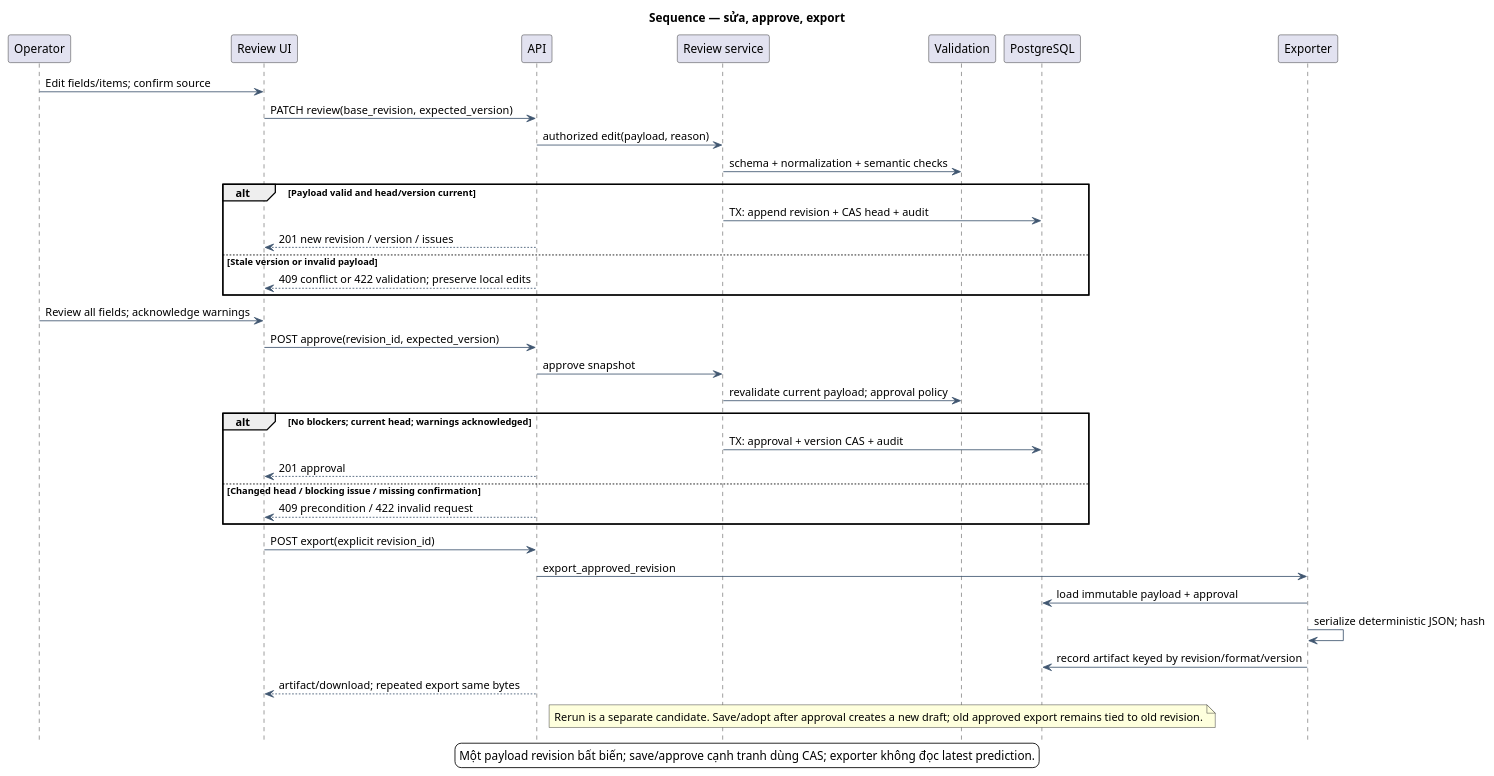
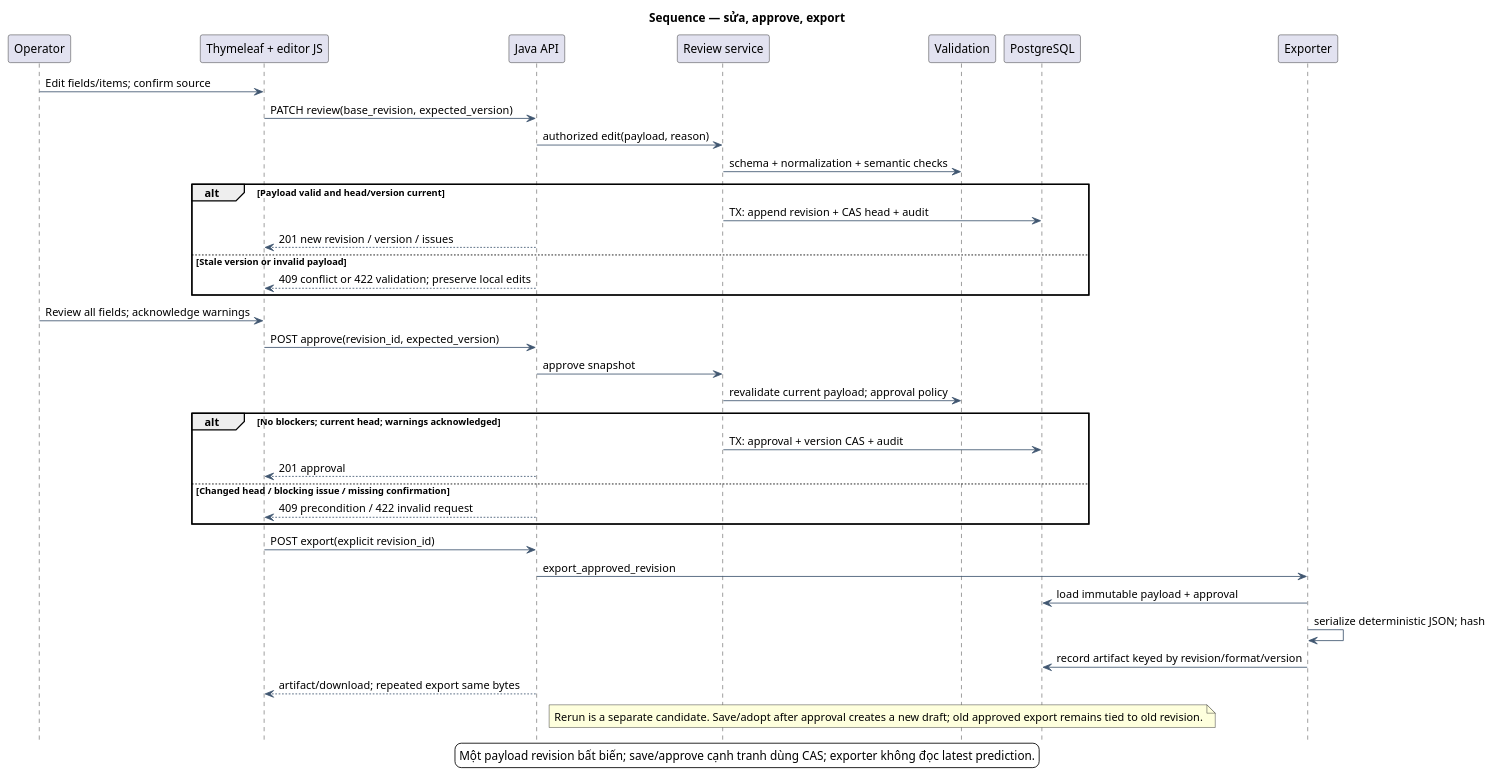
The diagram in docs/uml/04-review-sequence.puml (harivodich/SE2026-T08), drawn with PlantUML before and after one commit. The commit also changed 107 other files, not shown here.

```diff
--- a/docs/uml/04-review-sequence.puml
+++ b/docs/uml/04-review-sequence.puml
@@ -1,47 +1,47 @@
 @startuml
 title Sequence — sửa, approve, export
 skinparam defaultFontName Arial
 skinparam shadowing false
 skinparam backgroundColor #FFFFFF
 skinparam ArrowColor #405670
 hide footbox
 participant "Operator" as user
-participant "Review UI" as ui
-participant "API" as api
+participant "Thymeleaf + editor JS" as ui
+participant "Java API" as api
 participant "Review service" as review
 participant "Validation" as rules
 participant "PostgreSQL" as db
 participant "Exporter" as export
 user -> ui : Edit fields/items; confirm source
 ui -> api : PATCH review(base_revision, expected_version)
 api -> review : authorized edit(payload, reason)
 review -> rules : schema + normalization + semantic checks
 alt Payload valid and head/version current
 review -> db : TX: append revision + CAS head + audit
 api --> ui : 201 new revision / version / issues
 else Stale version or invalid payload
 api --> ui : 409 conflict or 422 validation; preserve local edits
 end
 user -> ui : Review all fields; acknowledge warnings
 ui -> api : POST approve(revision_id, expected_version)
 api -> review : approve snapshot
 review -> rules : revalidate current payload; approval policy
 alt No blockers; current head; warnings acknowledged
 review -> db : TX: approval + version CAS + audit
 api --> ui : 201 approval
 else Changed head / blocking issue / missing confirmation
 api --> ui : 409 precondition / 422 invalid request
 end
 ui -> api : POST export(explicit revision_id)
 api -> export : export_approved_revision
 export -> db : load immutable payload + approval
 export -> export : serialize deterministic JSON; hash
 export -> db : record artifact keyed by revision/format/version
 api --> ui : artifact/download; repeated export same bytes
 note over review,db
 Rerun is a separate candidate. Save/adopt after approval creates a new draft; old approved export remains tied to old revision.
 end note
 legend bottom
 Một payload revision bất biến; save/approve cạnh tranh dùng CAS; exporter không đọc latest prediction.
 endlegend
 @enduml
```
